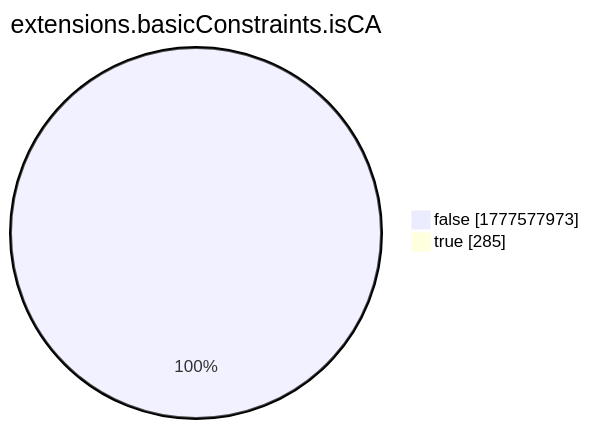
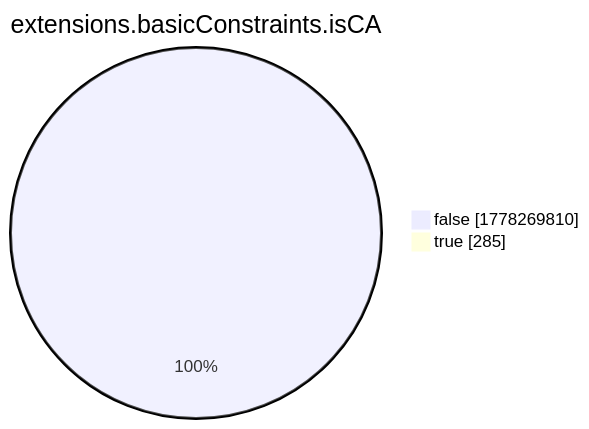
Before and after one commit to christiankrug/ctmonitor_visualization: the eighth of 15 diagrams in xenon2022/README.md, drawn with Mermaid. The commit also changed other lines of this file, not shown here.

````diff
--- a/xenon2022/README.md
+++ b/xenon2022/README.md
@@ -2868,6 +2868,6 @@
 ```mermaid
 pie showData
 title extensions.basicConstraints.isCA
-"false" :1777577973
+"false" :1778269810
 "true" :285
 ```
````
